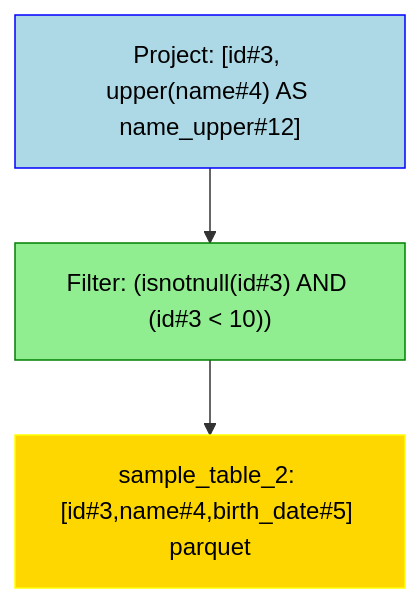
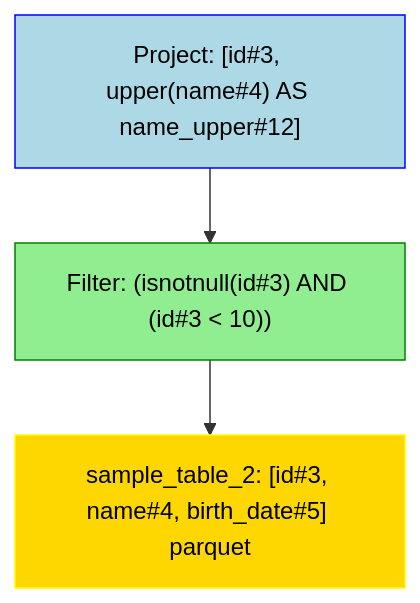
The diagram in sample_project/run/visualization/sample_table_2_prepped.mmd (NielkNetraam/explainalyzed), drawn with Mermaid before and after one commit. The commit also changed 31 other files, not shown here.

```diff
--- a/sample_project/run/visualization/sample_table_2_prepped.mmd
+++ b/sample_project/run/visualization/sample_table_2_prepped.mmd
@@ -1,14 +1,14 @@
 flowchart TD
     classDef PROJECT stroke:Blue,fill:LightBlue,color:black
     classDef FILTER stroke:Green,fill:LightGreen,color:black
     classDef UNION stroke:Purple,fill:Violet,color:black
     classDef JOIN stroke:DarkOrange,fill:Orange,color:black
     classDef RELATION stroke:Yellow,fill:Gold,color:black
     classDef AGGREGATE stroke:Brown,fill:Chocolate,color:black
 
     Project#1["Project: [id#3, upper(name#4) AS name_upper#12]"]:::PROJECT
     Filter#11["Filter: (isnotnull(id#3) AND (id#3 < 10))"]:::FILTER
-    Relation#111["sample_table_2: [id#3,name#4,birth_date#5] parquet"]:::RELATION
+    Relation#111["sample_table_2: [id#3, name#4, birth_date#5] parquet"]:::RELATION
 
     Project#1 --> Filter#11
         Filter#11 --> Relation#111
```
